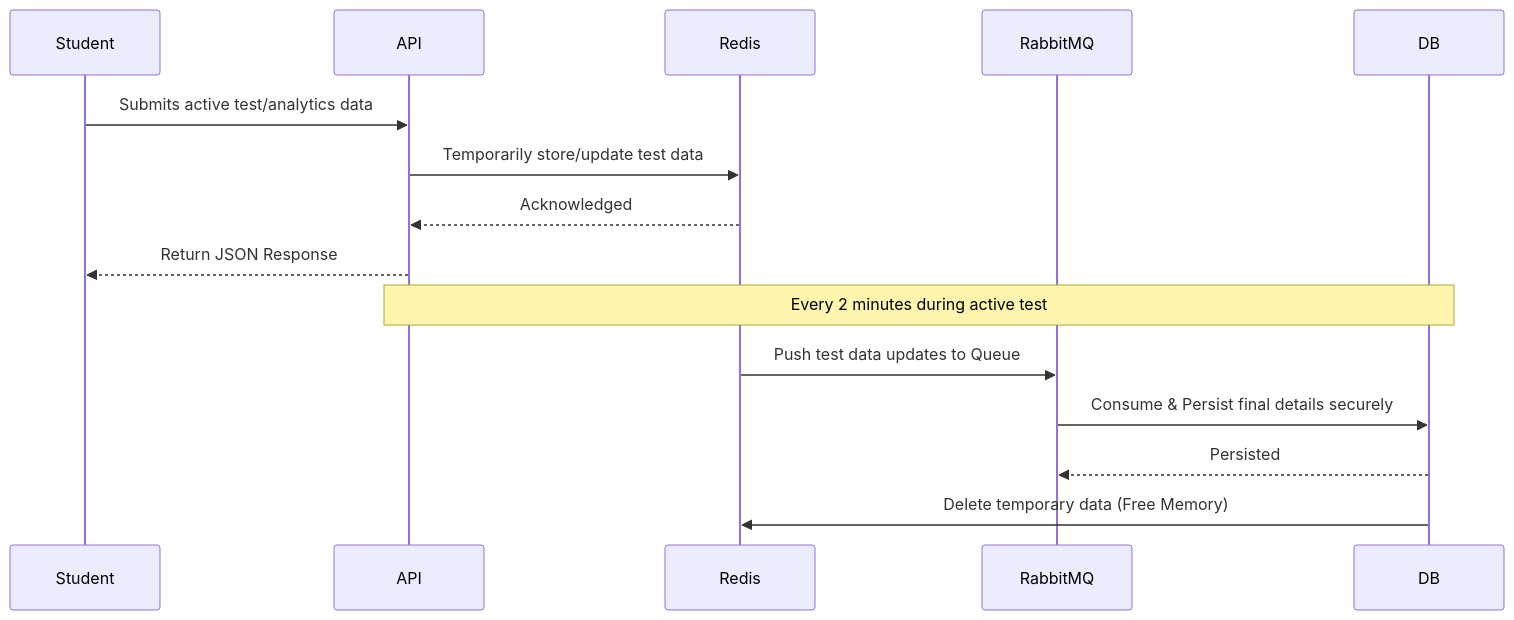
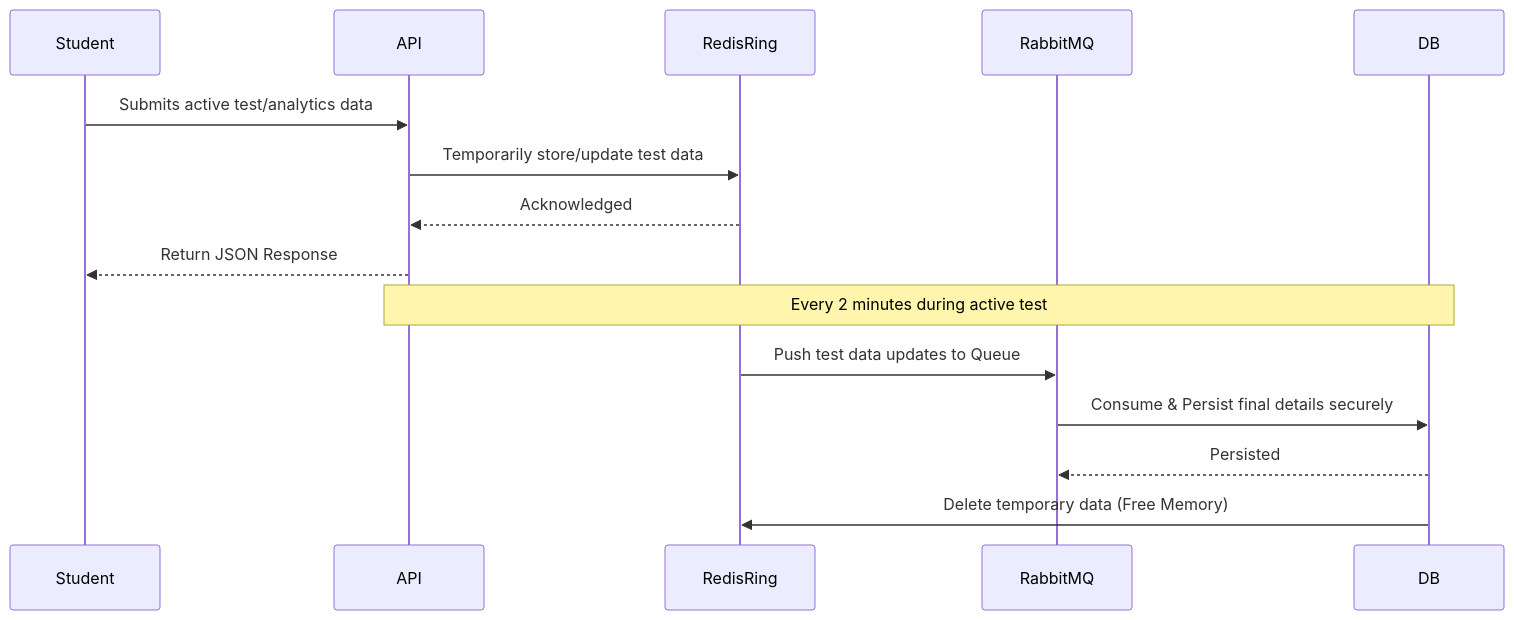
Before and after one commit to Tanishq112005/JEE-Archive-Mock-Test-Platform: the fourth of 5 diagrams in README.md, drawn with Mermaid. The commit also changed other lines of this file, not shown here.

````diff
--- a/README.md
+++ b/README.md
@@ -217,19 +220,19 @@
 ```mermaid
 sequenceDiagram
     participant Student
     participant API
-    participant Redis
+    participant RedisRing
     participant RabbitMQ
     participant DB
     
     Student->>API: Submits active test/analytics data
-    API->>Redis: Temporarily store/update test data
-    Redis-->>API: Acknowledged
+    API->>RedisRing: Temporarily store/update test data
+    RedisRing-->>API: Acknowledged
     API-->>Student: Return JSON Response
     
     Note over API,DB: Every 2 minutes during active test
-    Redis->>RabbitMQ: Push test data updates to Queue
+    RedisRing->>RabbitMQ: Push test data updates to Queue
     RabbitMQ->>DB: Consume & Persist final details securely
     DB-->>RabbitMQ: Persisted
-    DB->>Redis: Delete temporary data (Free Memory)
+    DB->>RedisRing: Delete temporary data (Free Memory)
 ```
````
